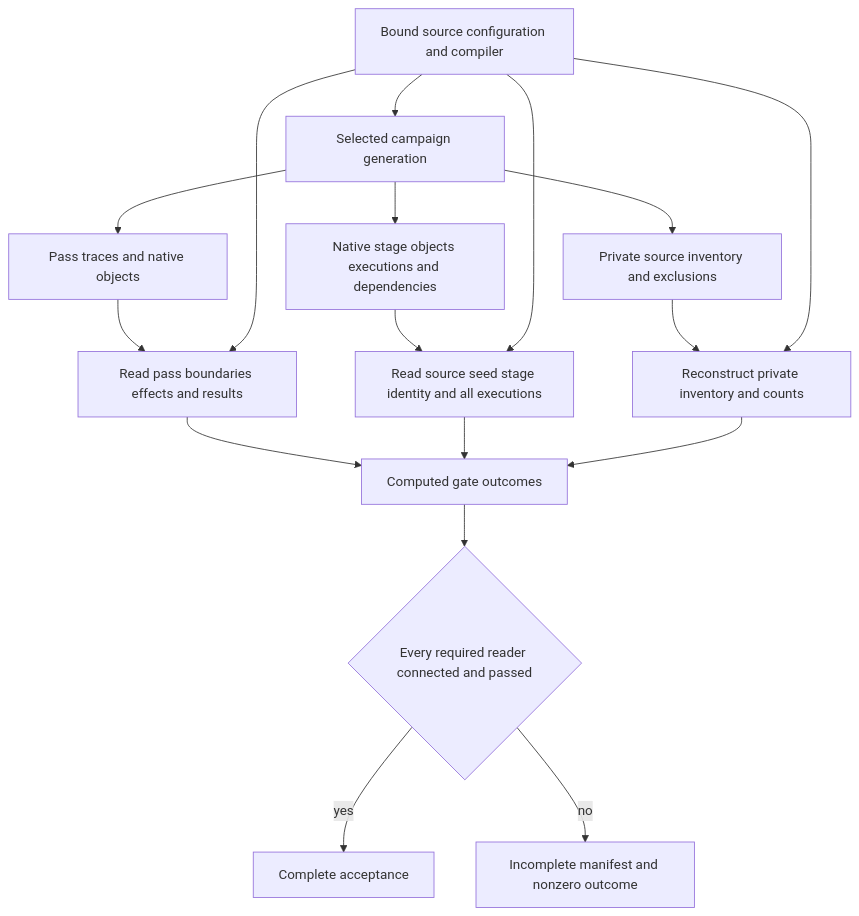
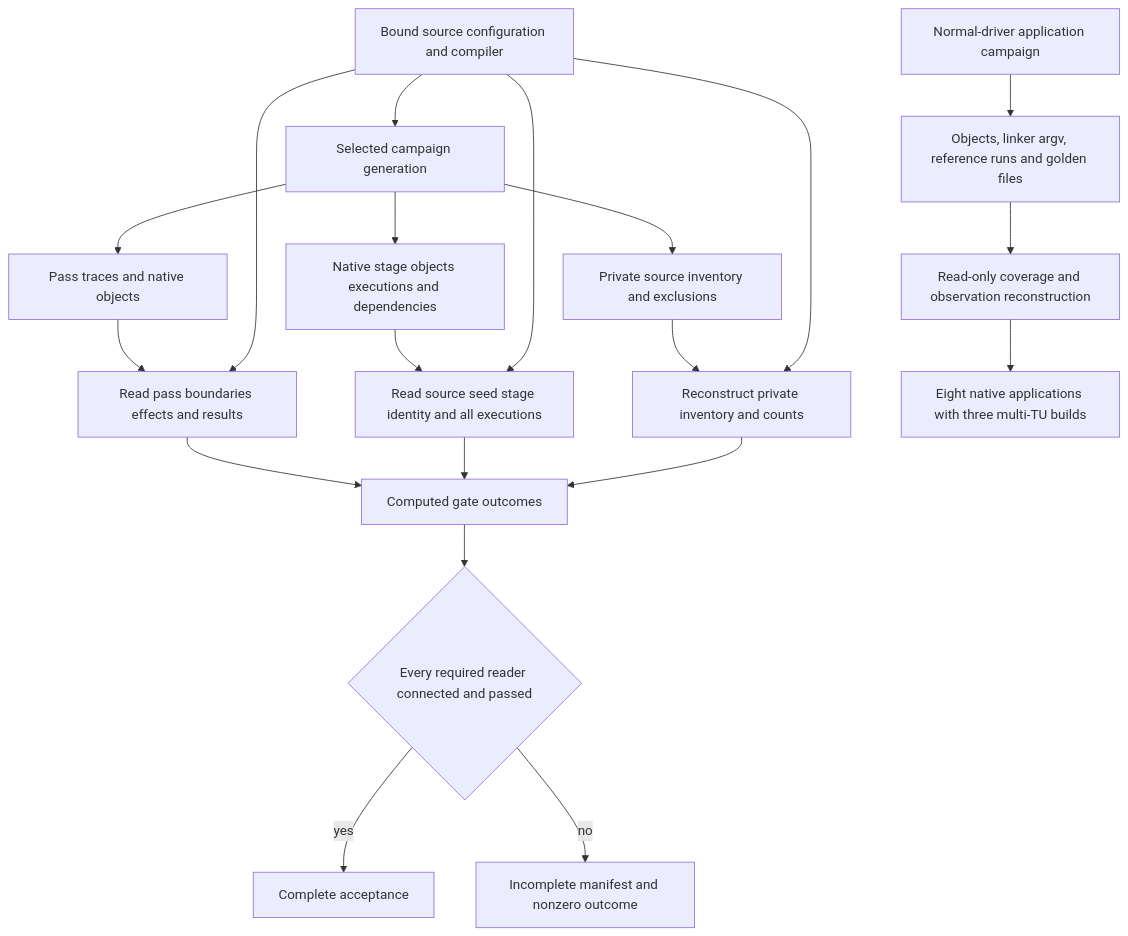
Before and after one commit to Aneesh495/cinder: the diagram in docs/diagrams/acceptance-readers.mmd, drawn with Mermaid. The commit also changed 157 other files, not shown here.

Commit message:
Replace application stubs with real multi-file integration workloads

```diff
--- a/docs/diagrams/acceptance-readers.mmd
+++ b/docs/diagrams/acceptance-readers.mmd
@@ -1,17 +1,21 @@
 flowchart TD
   SOURCE[Bound source configuration and compiler] --> GEN[Selected campaign generation]
   GEN --> PASS[Pass traces and native objects]
   GEN --> BOOT[Native stage objects executions and dependencies]
   GEN --> CENSUS[Private source inventory and exclusions]
   PASS --> PR[Read pass boundaries effects and results]
   BOOT --> BR[Read source seed stage identity and all executions]
   CENSUS --> CR[Reconstruct private inventory and counts]
   SOURCE --> PR
   SOURCE --> BR
   SOURCE --> CR
   PR --> GATE[Computed gate outcomes]
   BR --> GATE
   CR --> GATE
   GATE --> FULL{Every required reader connected and passed}
   FULL -->|yes| ACCEPT[Complete acceptance]
   FULL -->|no| OPEN[Incomplete manifest and nonzero outcome]
+
+  ApplicationCampaign[Normal-driver application campaign] --> ApplicationRaw[Objects, linker argv, reference runs and golden files]
+  ApplicationRaw --> ApplicationReader[Read-only coverage and observation reconstruction]
+  ApplicationReader --> Applications[Eight native applications with three multi-TU builds]
```
